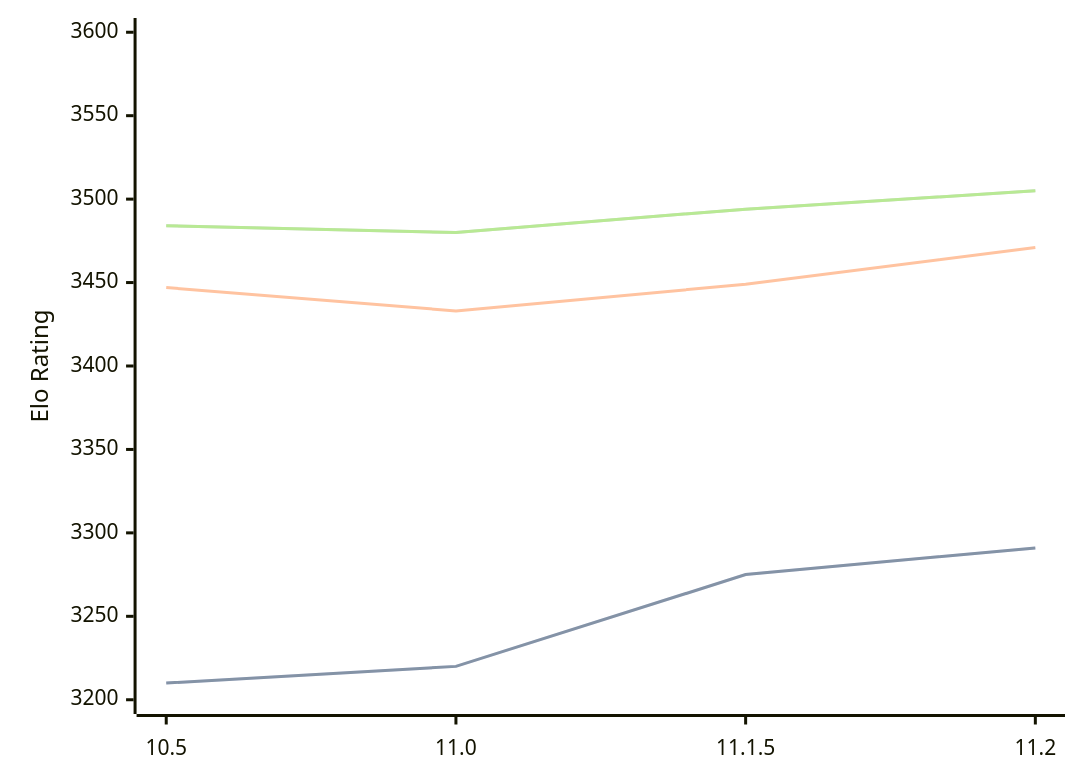
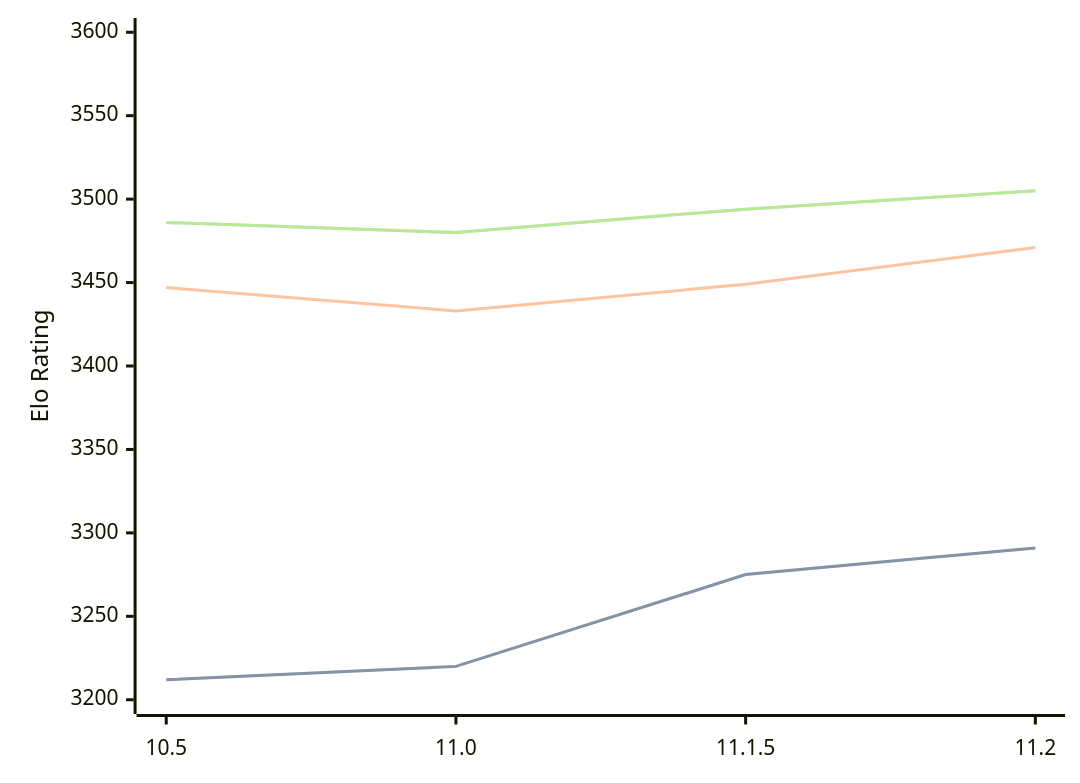
One commit to computer-chess-index/cci changed the third of 3 diagrams in engines/Lizard.md. Above: the diagram before and after it, drawn with Mermaid. The commit also changed other lines of this file, not shown here.

Commit message:
Update CCI Ratings (ELO VLTC) - 2026-07-11

````diff
--- a/engines/Lizard.md
+++ b/engines/Lizard.md
@@ -79,11 +79,11 @@
 ```mermaid
 %%{init: {"theme":"base","themeVariables":{"seriesColors:['#a3a3a3','#222221','#faa371']}}}%%
 xychart-beta
   x-axis ["10.5", "11.0", "11.1.5", "11.2"]
   y-axis "Elo Rating" 3200 --> 3600
-  line "STC (8.0+0.08s)" [3210, 3220, 3275, 3291]
-  line "STC (8.0+0.08s)" [3210, 3220, 3275, 3291]
+  line "STC (8.0+0.08s)" [3212, 3220, 3275, 3291]
+  line "STC (8.0+0.08s)" [3212, 3220, 3275, 3291]
   line "LTC (60.0+0.60s)" [3447, 3433, 3449, 3471]
-  line "VLTC (2m24s+1.12s)" [3484, 3480, 3494, 3505]
-  line "VLTC (2m24s+1.12s)" [3484, 3480, 3494, 3505]
+  line "VLTC (2m24s+1.12s)" [3486, 3480, 3494, 3505]
+  line "VLTC (2m24s+1.12s)" [3486, 3480, 3494, 3505]
 ```
````
